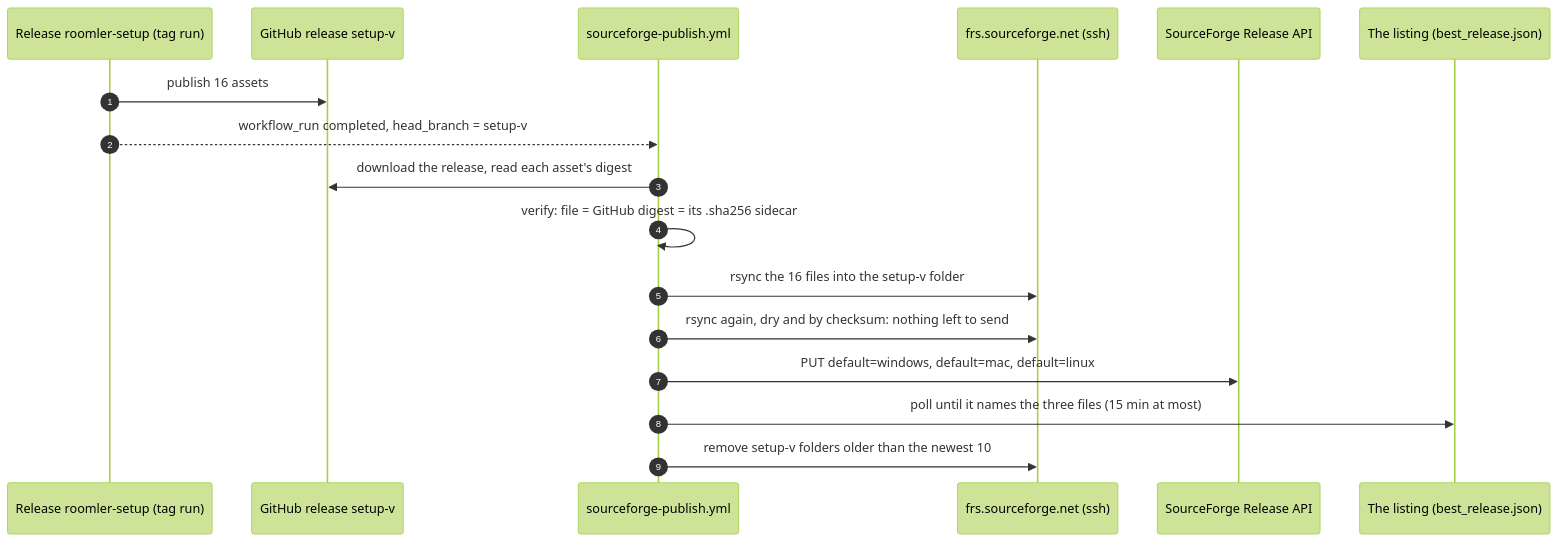
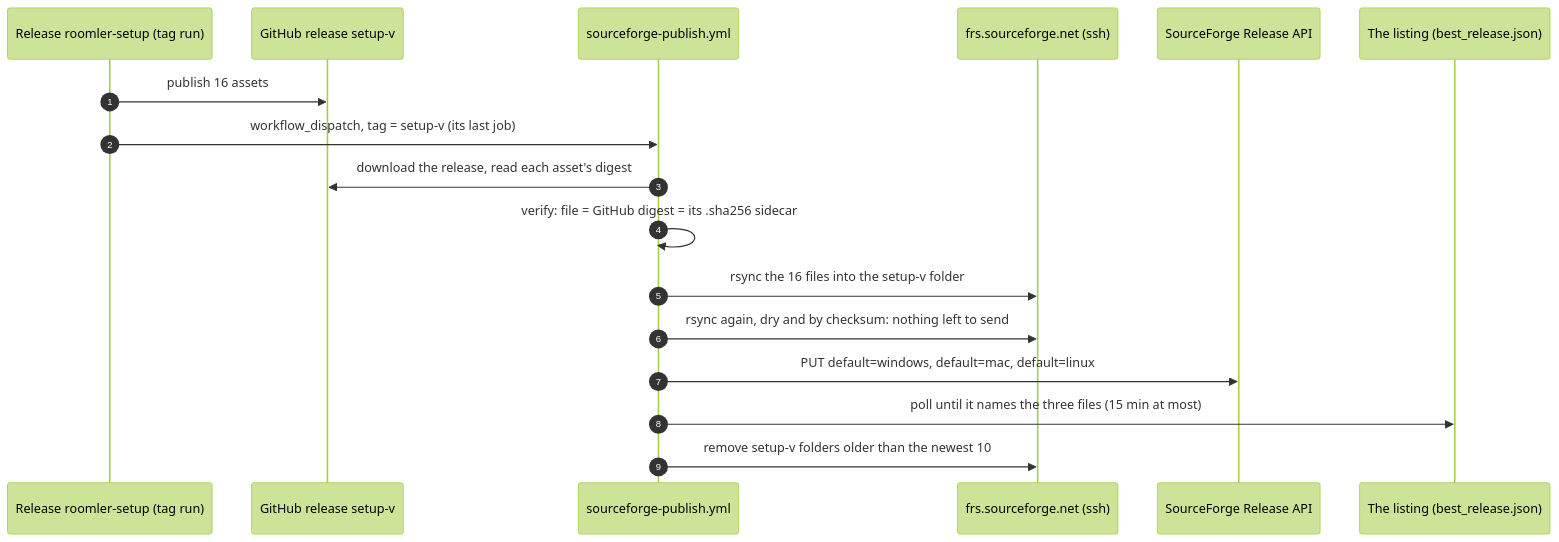
Before and after one commit to gjovanov/roomler-ai: the diagram in docs/sourceforge.md, drawn with Mermaid (forest theme). The commit also changed other lines of this file and 7 other files, not shown here.

````diff
--- a/docs/sourceforge.md
+++ b/docs/sourceforge.md
@@ -16,19 +16,19 @@
 ```mermaid
 sequenceDiagram
     autonumber
     participant W as Release roomler-setup (tag run)
     participant G as GitHub release setup-v
     participant P as sourceforge-publish.yml
     participant F as frs.sourceforge.net (ssh)
     participant A as SourceForge Release API
     participant L as The listing (best_release.json)
     W->>G: publish 16 assets
-    W-->>P: workflow_run completed, head_branch = setup-v
+    W->>P: workflow_dispatch, tag = setup-v (its last job)
     P->>G: download the release, read each asset's digest
     P->>P: verify: file = GitHub digest = its .sha256 sidecar
     P->>F: rsync the 16 files into the setup-v folder
     P->>F: rsync again, dry and by checksum: nothing left to send
     P->>A: PUT default=windows, default=mac, default=linux
     P->>L: poll until it names the three files (15 min at most)
     P->>F: remove setup-v folders older than the newest 10
 ```
````
